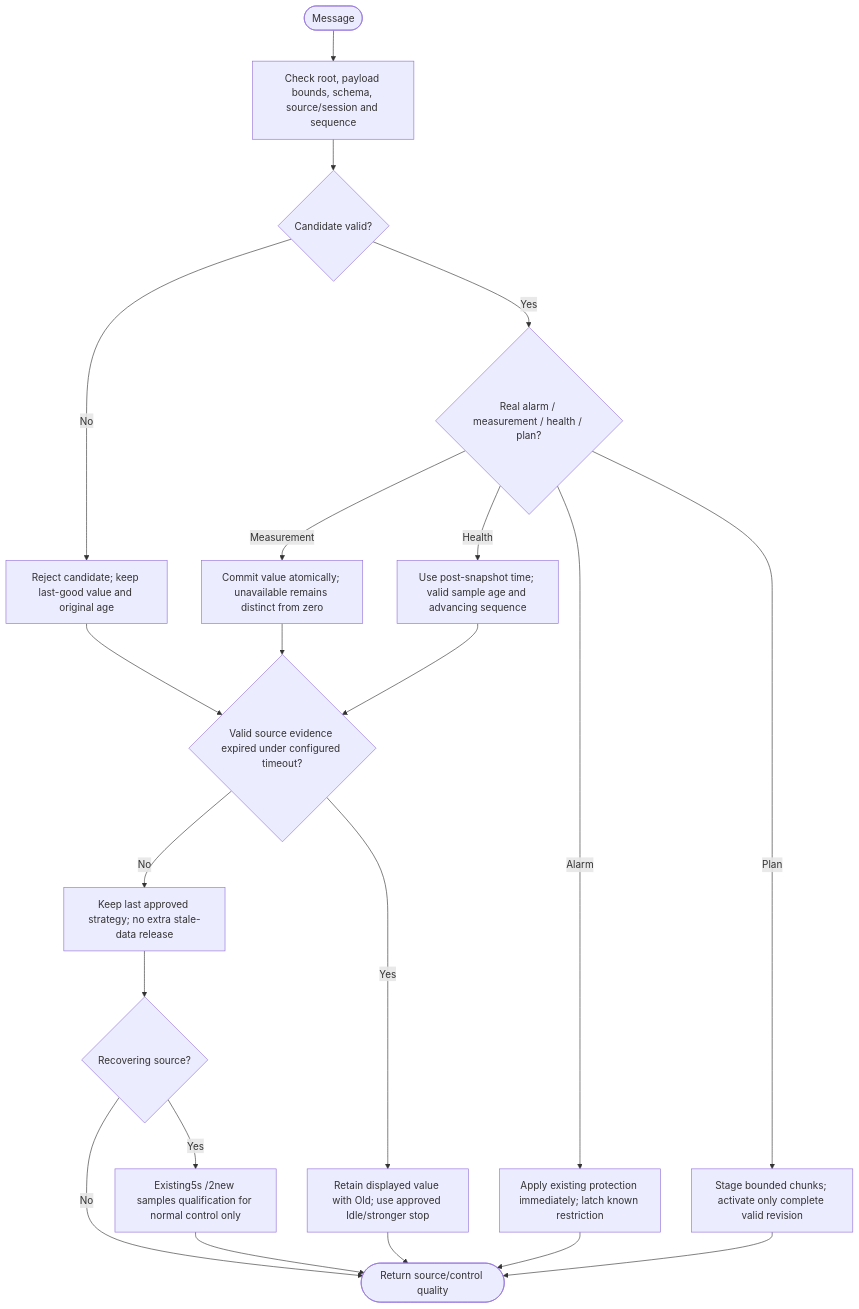
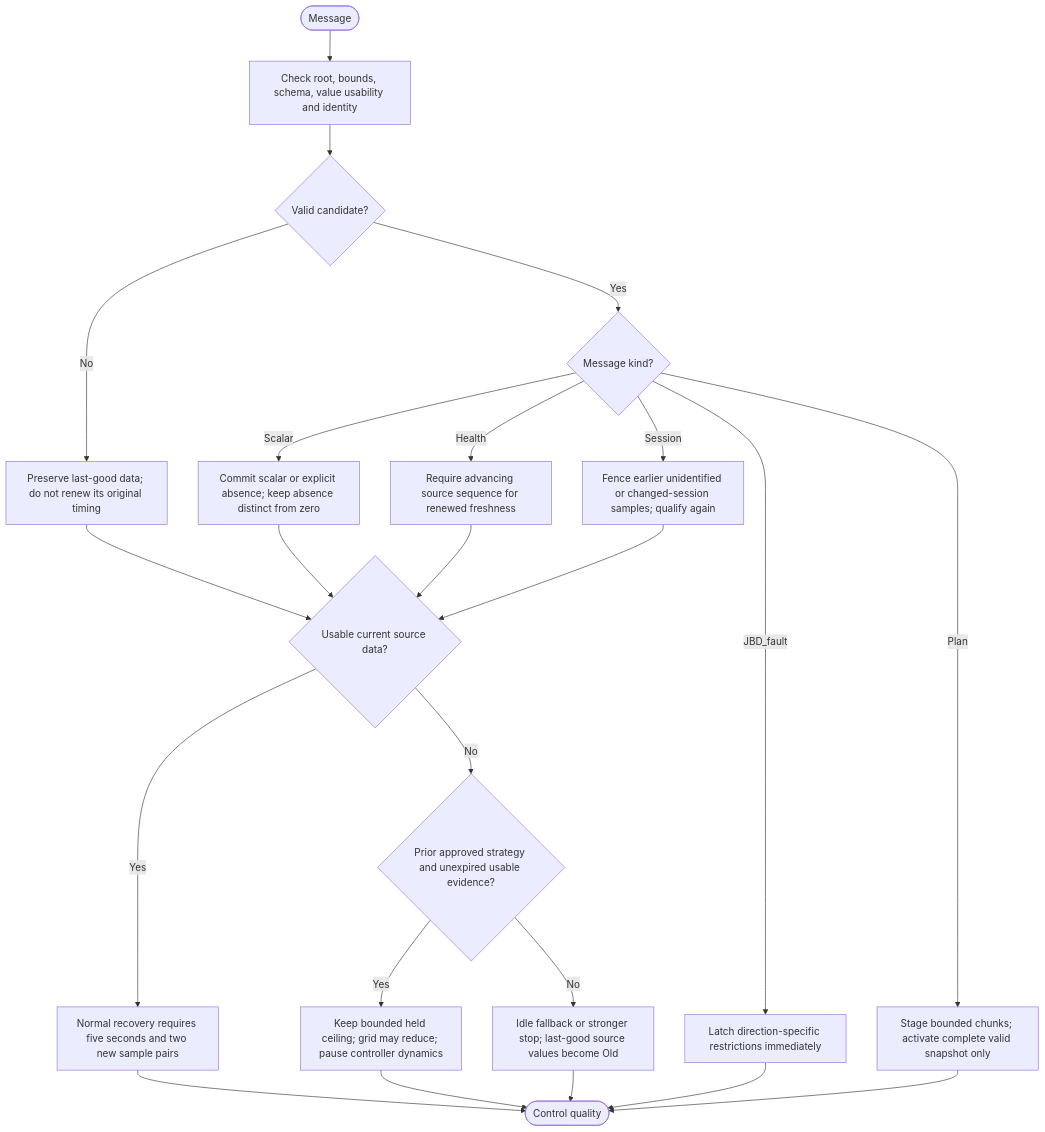
One commit to vitalyruhl/SolarInverterLimiter changed the diagram in docs/control-planning/01-measurement-validation.md. Above: the diagram before and after it, drawn with Mermaid. The commit also changed other lines of this file and 36 other files, not shown here.

````diff
--- a/docs/control-planning/01-measurement-validation.md
+++ b/docs/control-planning/01-measurement-validation.md
@@ -12,24 +12,26 @@
 ```mermaid
 flowchart TD
-  RX([Message]) --> TOPIC["Check root, payload bounds, schema, source/session and sequence"]
-  TOPIC --> VALID{Candidate valid?}
-  VALID -- No --> KEEP["Reject candidate; keep last-good value and original age"]
-  VALID -- Yes --> TYPE{Real alarm / measurement / health / plan?}
-  TYPE -- Alarm --> ACT["Apply existing protection immediately; latch known restriction"]
-  TYPE -- Measurement --> COMMIT["Commit value atomically; unavailable remains distinct from zero"]
-  TYPE -- Health --> CLOCK["Use post-snapshot time; valid sample age and advancing sequence"]
-  TYPE -- Plan --> CHUNK["Stage bounded chunks; activate only complete valid revision"]
-  KEEP --> DEADLINE
-  COMMIT --> DEADLINE
-  CLOCK --> DEADLINE
-  DEADLINE{Valid source evidence expired under configured timeout?}
-  DEADLINE -- No --> NORMAL["Keep last approved strategy; no extra stale-data release"]
-  DEADLINE -- Yes --> OLD["Retain displayed value with Old; use approved Idle/stronger stop"]
-  NORMAL --> REC{Recovering source?}
-  REC -- Yes --> QUAL["Existing5s /2new samples qualification for normal control only"]
-  REC -- No --> OUT([Return source/control quality])
-  QUAL --> OUT
-  OLD --> OUT
-  ACT --> OUT
-  CHUNK --> OUT
+  RX([Message]) --> CHECK["Check root, bounds, schema, value usability and identity"]
+  CHECK --> VALID{"Valid candidate?"}
+  VALID -- No --> KEEP["Preserve last-good data; do not renew its original timing"]
+  VALID -- Yes --> TYPE{"Message kind?"}
+  TYPE -- Scalar --> VALUE["Commit scalar or explicit absence; keep absence distinct from zero"]
+  TYPE -- Health --> SEQ["Require advancing source sequence for renewed freshness"]
+  TYPE -- Session --> FENCE["Fence earlier unidentified or changed-session samples; qualify again"]
+  TYPE -- JBD_fault --> ALARM["Latch direction-specific restrictions immediately"]
+  TYPE -- Plan --> STAGE["Stage bounded chunks; activate complete valid snapshot only"]
+  KEEP --> QUALITY
+  VALUE --> QUALITY
+  SEQ --> QUALITY
+  FENCE --> QUALITY
+  QUALITY{"Usable current source data?"}
+  QUALITY -- Yes --> QUAL["Normal recovery requires five seconds and two new sample pairs"]
+  QUALITY -- No --> GRACE{"Prior approved strategy and unexpired usable evidence?"}
+  GRACE -- Yes --> HOLD["Keep bounded held ceiling; grid may reduce; pause controller dynamics"]
+  GRACE -- No --> FALL["Idle fallback or stronger stop; last-good source values become Old"]
+  QUAL --> OUT([Control quality])
+  HOLD --> OUT
+  FALL --> OUT
+  ALARM --> OUT
+  STAGE --> OUT
 ```
````
